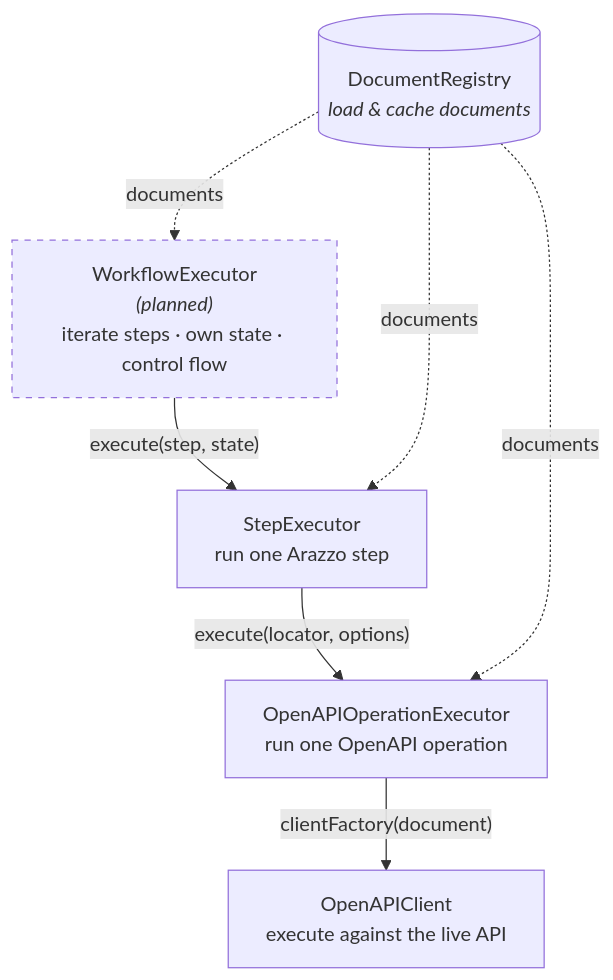
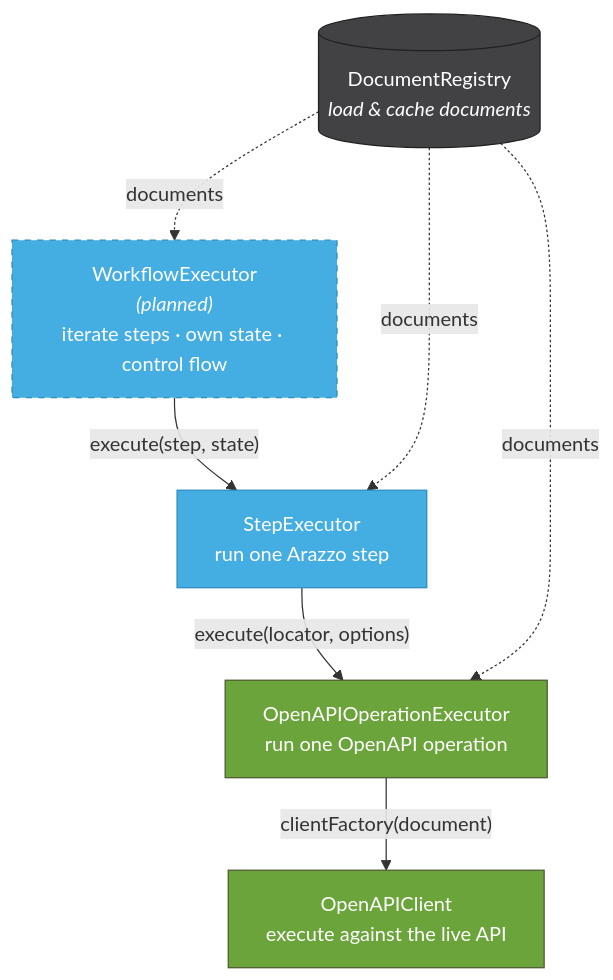
One commit to jentic/jentic-arazzo-tools changed the diagram in packages/jentic-arazzo-runner/README.md. Above: the diagram before and after it, drawn with Mermaid. The commit also changed other lines of this file, not shown here.

Commit message:
docs(runner): color architecture nodes by Arazzo/OpenAPI brand

````diff
--- a/packages/jentic-arazzo-runner/README.md
+++ b/packages/jentic-arazzo-runner/README.md
@@ -34,20 +34,28 @@
 ```mermaid
 flowchart TD
     Registry[("DocumentRegistry<br/><i>load & cache documents</i>")]
 
     WF["WorkflowExecutor<br/><i>(planned)</i><br/>iterate steps · own state · control flow"]
     Step["StepExecutor<br/>run one Arazzo step"]
     Op["OpenAPIOperationExecutor<br/>run one OpenAPI operation"]
     Client["OpenAPIClient<br/>execute against the live API"]
 
     WF -->|"execute(step, state)"| Step
     Step -->|"execute(locator, options)"| Op
     Op -->|"clientFactory(document)"| Client
 
     Registry -.->|documents| WF
     Registry -.->|documents| Step
     Registry -.->|documents| Op
 
+    %% brand colors: Arazzo blue, OpenAPI green, neutral registry grey
+    classDef arazzo fill:#44ADE2,stroke:#2B8CBE,color:#fff;
+    classDef openapi fill:#6BA43A,stroke:#4D5A31,color:#fff;
+    classDef neutral fill:#424143,stroke:#231F20,color:#fff;
     classDef planned stroke-dasharray: 5 5;
+
+    class WF,Step arazzo;
+    class Op,Client openapi;
+    class Registry neutral;
     class WF planned;
 ```
````
